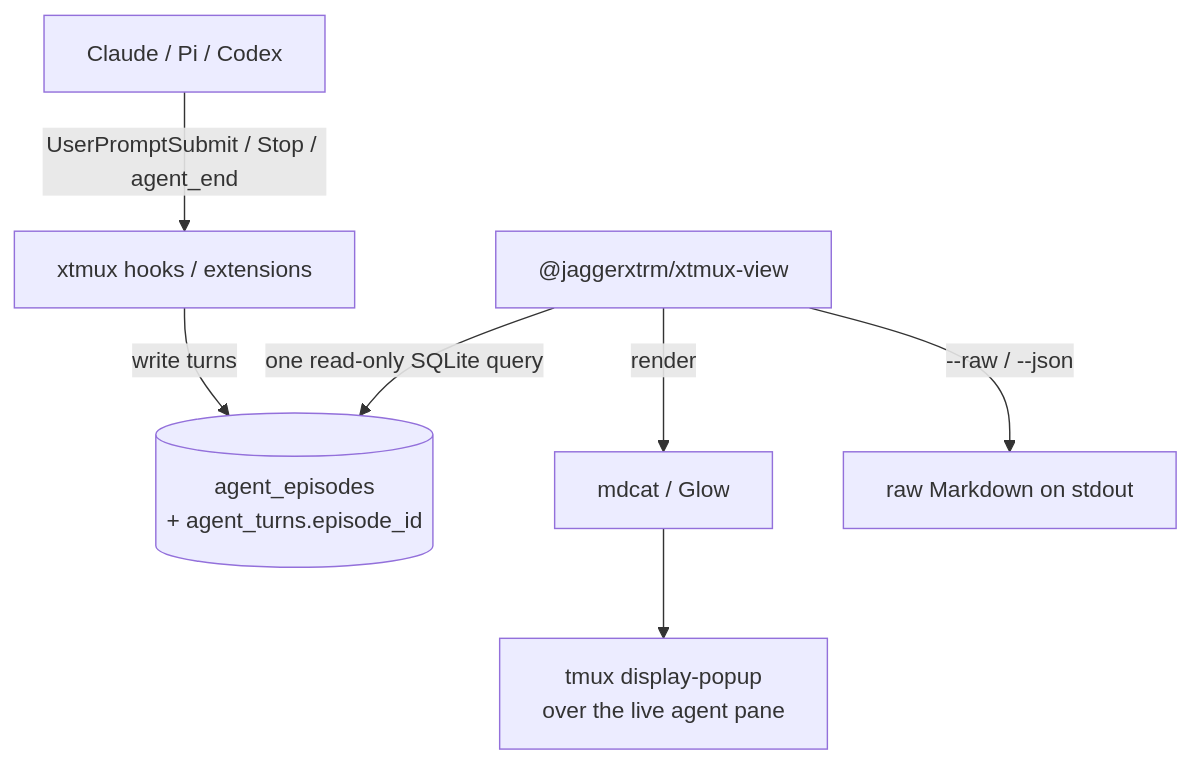
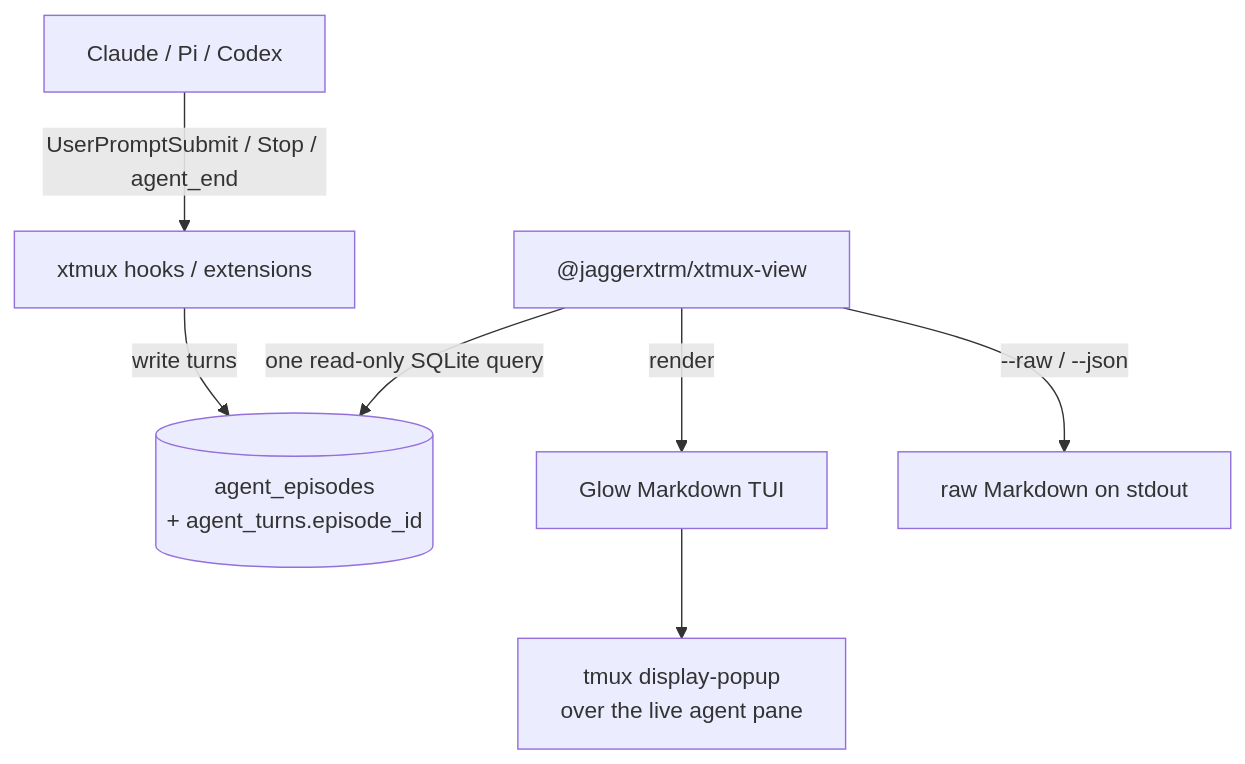
One commit to Jaggerxtrm/xtmux changed the first of 2 diagrams in packages/xtmux-view/README.md. Above: the diagram before and after it, drawn with Mermaid. The commit also changed other lines of this file and 4 other files, not shown here.

First line of the commit message:
revert(view): drop mdcat renderer backend, restore glow

````diff
--- a/packages/xtmux-view/README.md
+++ b/packages/xtmux-view/README.md
@@ -9,17 +9,17 @@
 ```mermaid
 flowchart TB
     Agent["Claude / Pi / Codex"]
     Hooks["xtmux hooks / extensions"]
     DB[("agent_episodes<br/>+ agent_turns.episode_id")]
     View["@jaggerxtrm/xtmux-view"]
-    Renderer["mdcat / Glow"]
+    Renderer["Glow Markdown TUI"]
     Raw["raw Markdown on stdout"]
     Popup["tmux display-popup<br/>over the live agent pane"]
 
     Agent -->|"UserPromptSubmit / Stop / agent_end"| Hooks
     Hooks -->|"write turns"| DB
     View -->|"one read-only SQLite query"| DB
     View -->|--raw / --json| Raw
     View -->|render| Renderer
     Renderer --> Popup
 ```
````
